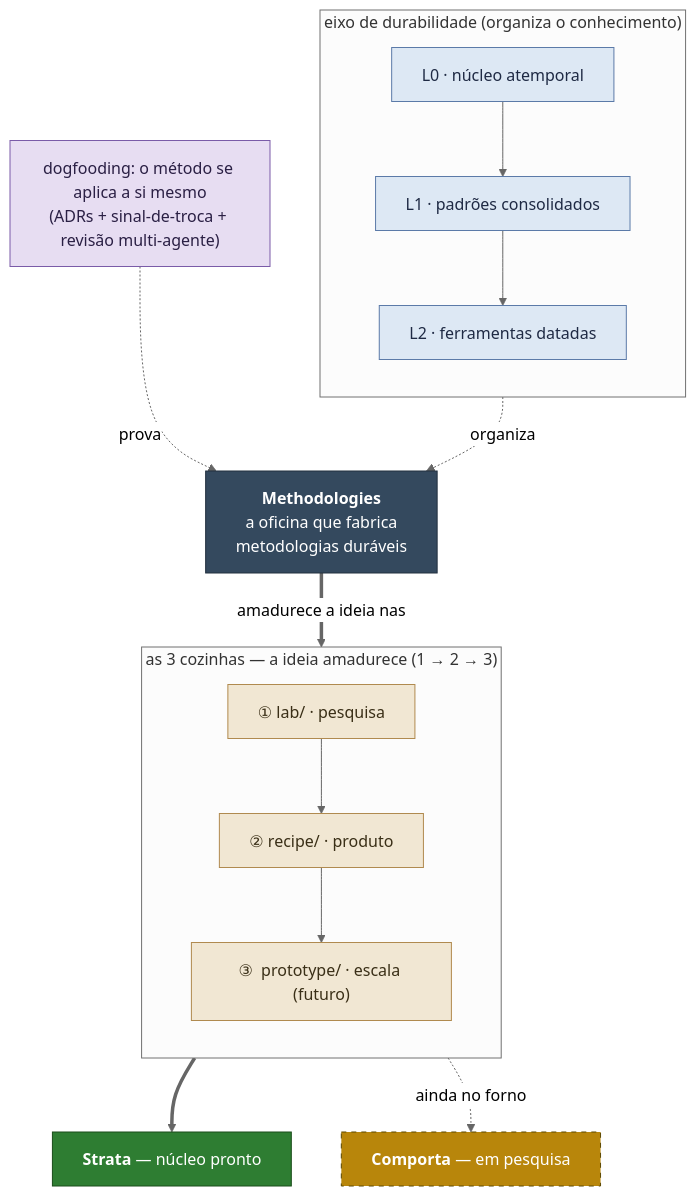
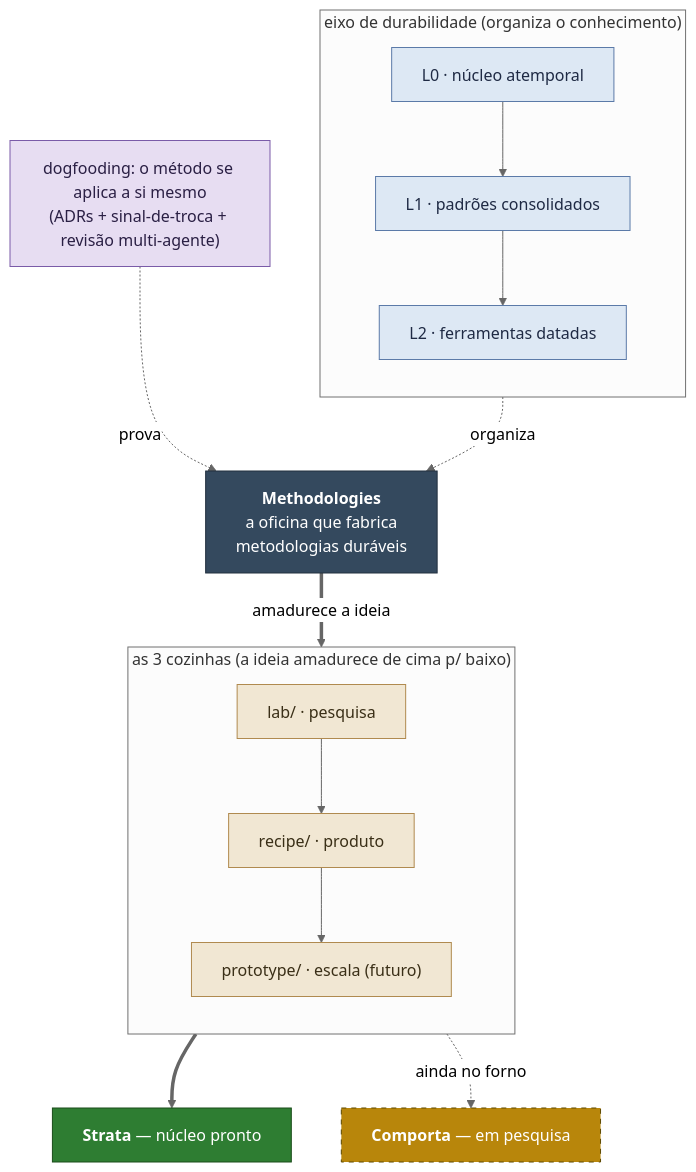
Before and after one commit to LeoPR/Methodologies: the diagram in README.md, drawn with Mermaid (neutral theme).

Commit message:
cosmetica(README/mermaid): remove numeracao ①②③ (formato funcionou, fallback desnecessario); encurta rotulo de aresta 'amadurece a ideia nas'->'amadurece a ideia' (preview cortava o 'nas')

````diff
--- a/README.md
+++ b/README.md
@@ -70,35 +70,35 @@
 ```mermaid
 flowchart TB
     OFICINA["<b>Methodologies</b><br/>a oficina que fabrica<br/>metodologias duráveis"]
 
     subgraph DUR["eixo de durabilidade (organiza o conhecimento)"]
         direction TB
         L0["L0 · núcleo atemporal"] --> L1["L1 · padrões consolidados"] --> L2["L2 · ferramentas datadas"]
     end
 
-    subgraph COZ["as 3 cozinhas — a ideia amadurece (1 → 2 → 3)"]
+    subgraph COZ["as 3 cozinhas (a ideia amadurece de cima p/ baixo)"]
         direction TB
-        LAB["①  lab/ · pesquisa"] --> REC["②  recipe/ · produto"] --> PROTO["③  prototype/ · escala (futuro)"]
+        LAB["lab/ · pesquisa"] --> REC["recipe/ · produto"] --> PROTO["prototype/ · escala (futuro)"]
     end
 
     DOG["dogfooding: o método se aplica a si mesmo<br/>(ADRs + sinal-de-troca + revisão multi-agente)"]
 
     DUR -.->|organiza| OFICINA
     DOG -.->|prova| OFICINA
-    OFICINA ==>|amadurece a ideia nas| COZ
+    OFICINA ==>|amadurece a ideia| COZ
     REC ==> STRATA["<b>Strata</b> — núcleo pronto"]
     LAB -.->|ainda no forno| ECON["<b>Comporta</b> — em pesquisa"]
 
     classDef hub fill:#34495e,stroke:#22303f,color:#ffffff;
     classDef dur fill:#dde8f4,stroke:#5b7aa8,color:#1f2a44;
     classDef coz fill:#f1e7d3,stroke:#b08a4f,color:#3a2f17;
     classDef dog fill:#e7ddf2,stroke:#7a5ba8,color:#2a1f44;
     classDef done fill:#2e7d32,stroke:#1b4d1b,color:#ffffff;
     classDef wip fill:#b8860b,stroke:#5c4900,color:#ffffff,stroke-dasharray:5 5;
     class OFICINA hub;
     class L0,L1,L2 dur;
     class LAB,REC,PROTO coz;
     class DOG dog;
     class STRATA done;
     class ECON wip;
 ```
````
